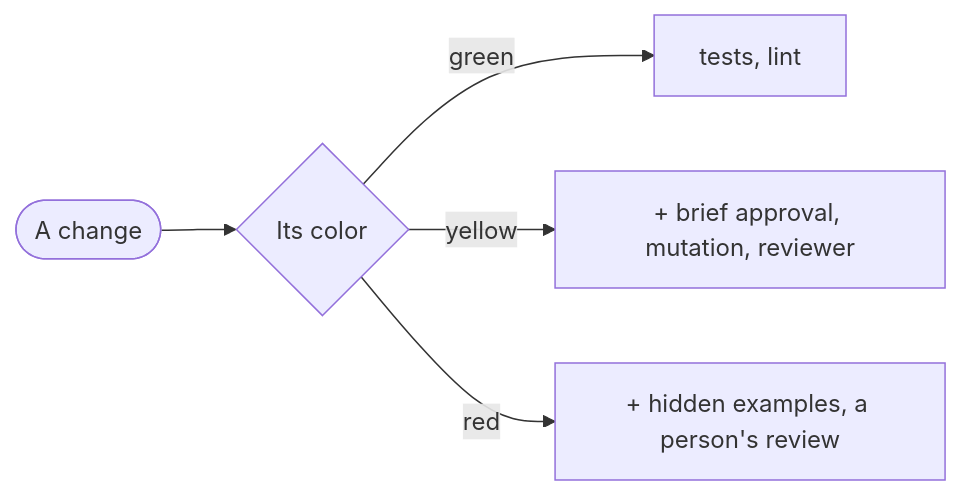
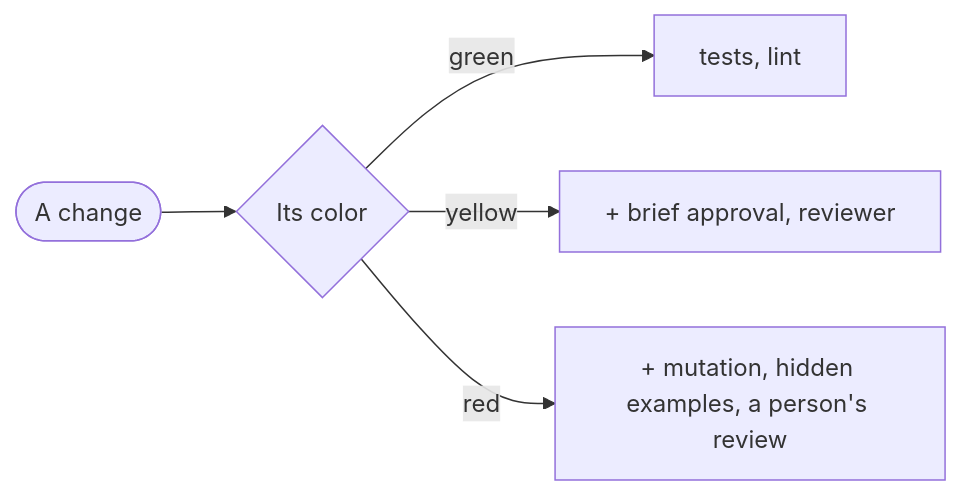
One commit to MarsGotta/gdd changed the diagram in skills/gdd-prepare/assets/blueprint.md. Above: the diagram before and after it, drawn with Mermaid. The commit also changed other lines of this file and 13 other files, not shown here.

First line of the commit message:
License the method, and take mutation testing off yellow by default

````diff
--- a/skills/gdd-prepare/assets/blueprint.md
+++ b/skills/gdd-prepare/assets/blueprint.md
@@ -56,7 +56,7 @@
 ```mermaid
 flowchart LR
   change([A change]) --> color{Its color}
   color -->|green| green[tests, lint]
-  color -->|yellow| yellow[+ brief approval, mutation, reviewer]
-  color -->|red| red[+ hidden examples, a person's review]
+  color -->|yellow| yellow[+ brief approval, reviewer]
+  color -->|red| red[+ mutation, hidden examples, a person's review]
 ```
````
